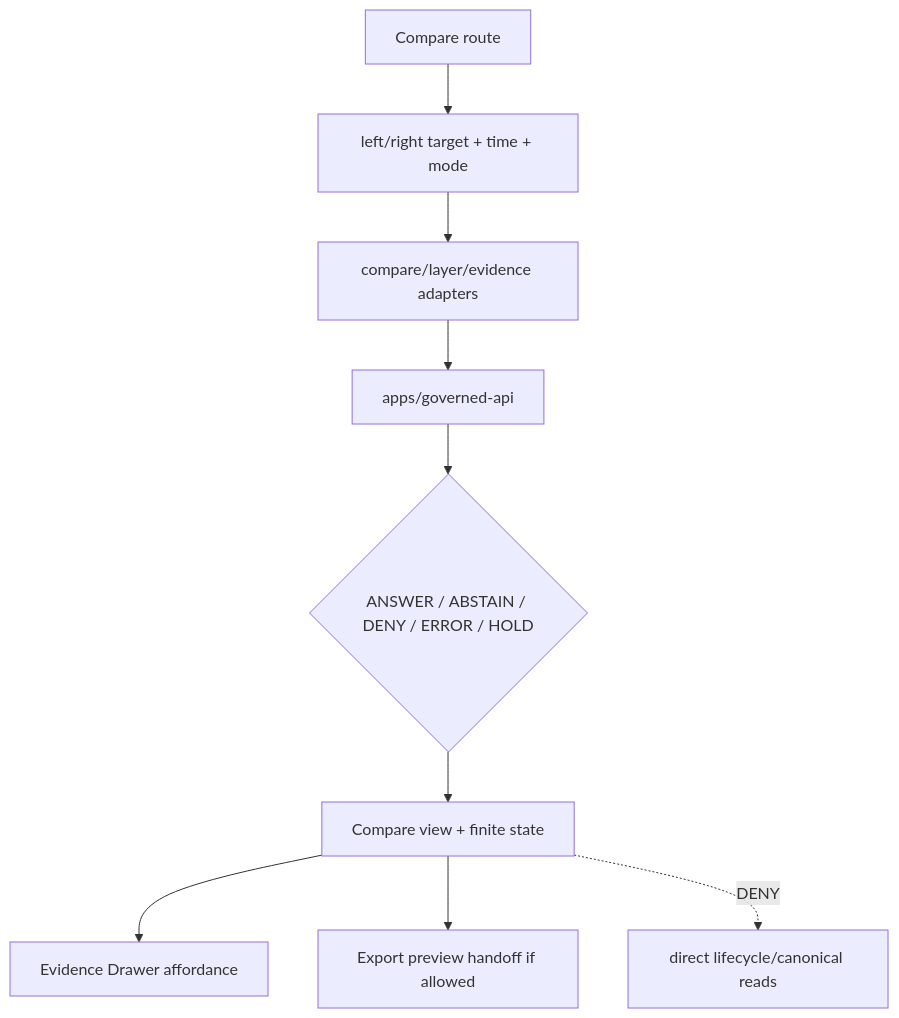
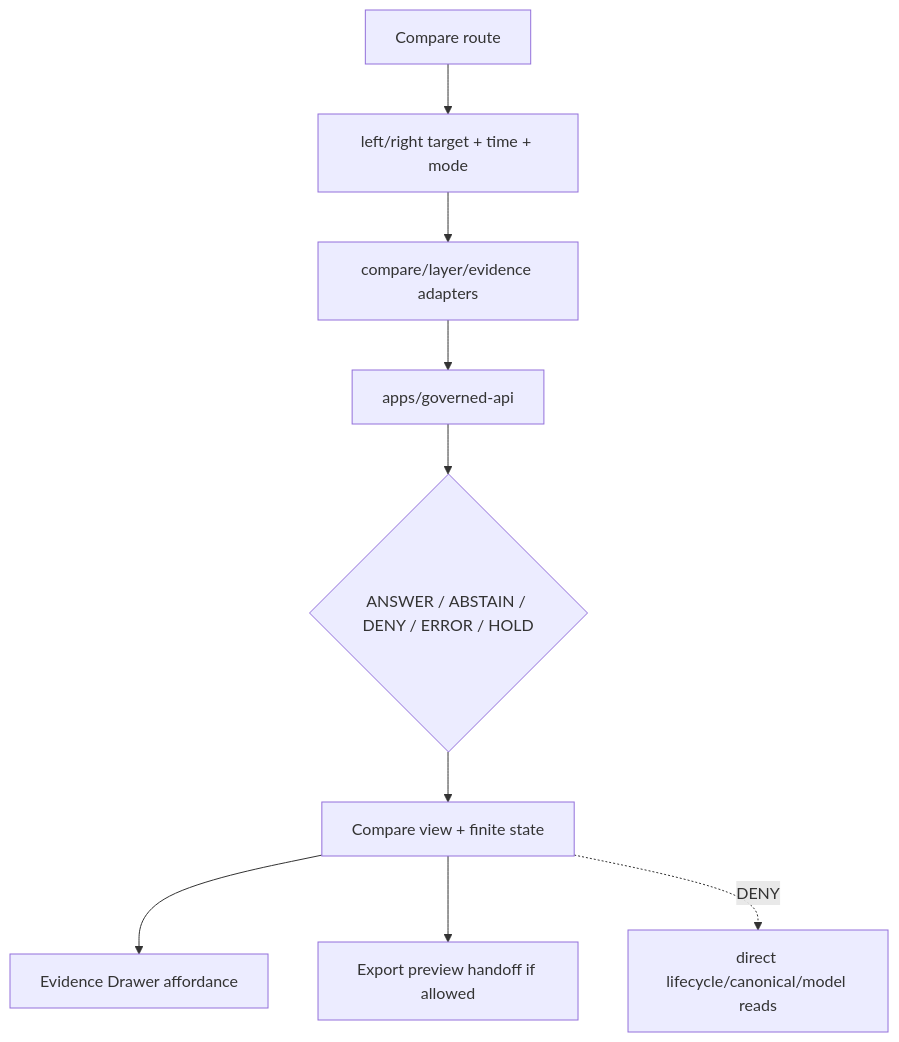
One commit to bartytime4life/Kansas-Frontier-Matrix changed the diagram in apps/explorer-web/src/features/compare/README.md. Above: the diagram before and after it, drawn with Mermaid. The commit also changed other lines of this file, not shown here.

````diff
--- a/apps/explorer-web/src/features/compare/README.md
+++ b/apps/explorer-web/src/features/compare/README.md
@@ -203,11 +269,11 @@
 ```mermaid
 flowchart TD
     route["Compare route"] --> params["left/right target + time + mode"]
     params --> adapter["compare/layer/evidence adapters"]
     adapter --> api["apps/governed-api"]
     api --> outcome{"ANSWER / ABSTAIN / DENY / ERROR / HOLD"}
     outcome --> view["Compare view + finite state"]
     view --> evidence["Evidence Drawer affordance"]
     view --> export["Export preview handoff if allowed"]
-    view -. DENY .-> data["direct lifecycle/canonical reads"]
+    view -. DENY .-> data["direct lifecycle/canonical/model reads"]
 ```
````
